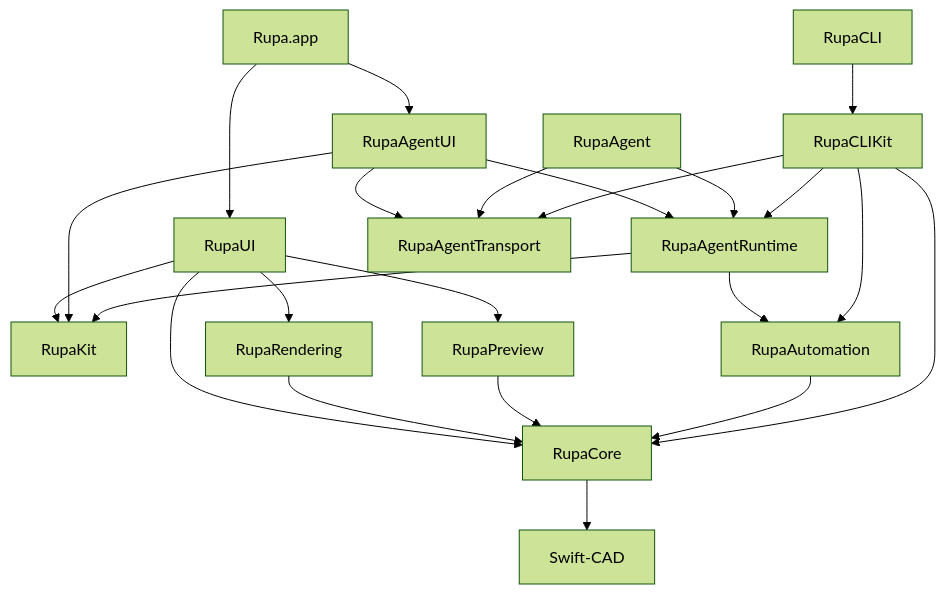
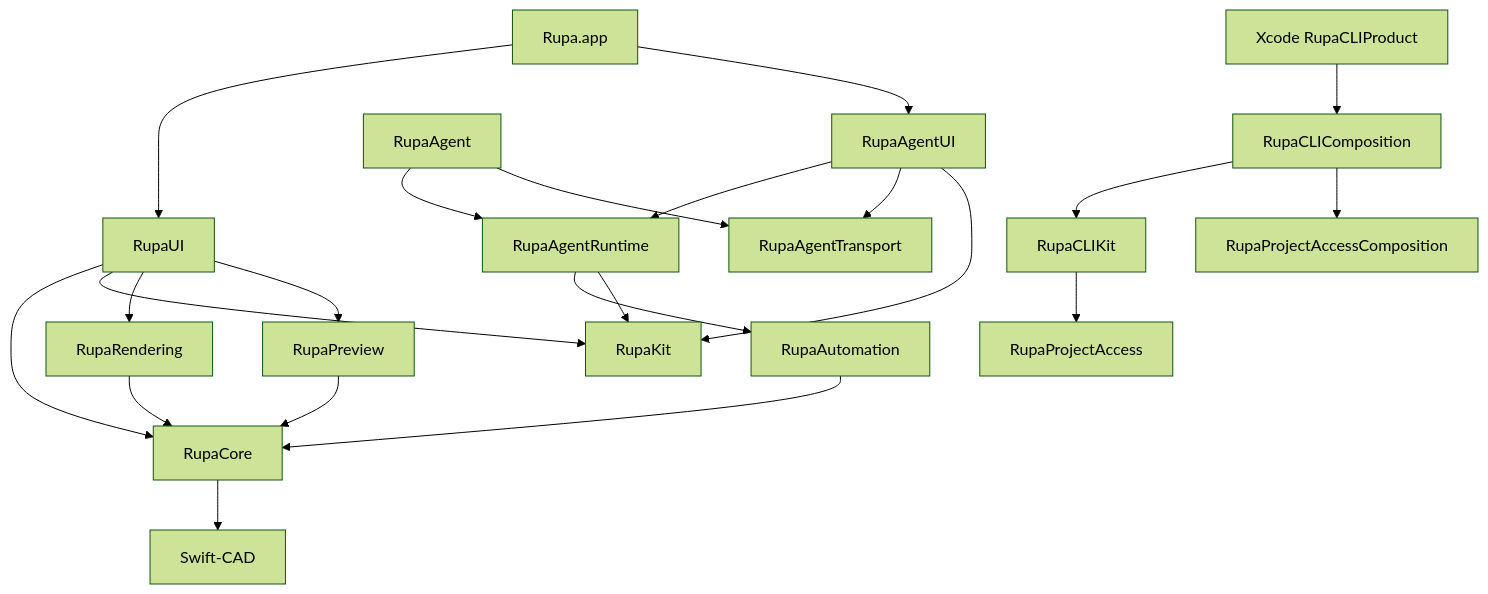
Diagram 12 of 12 in Rupa/PHILOSOPHY.md (1amageek/Rupa), drawn with Mermaid (forest theme) before and after one commit. The commit also changed other lines of this file and 133 other files, not shown here.

Commit message:
Route external access through the Rupa API

````diff
--- a/Rupa/PHILOSOPHY.md
+++ b/Rupa/PHILOSOPHY.md
@@ -366,25 +364,24 @@
 ```mermaid
 flowchart TD
     App["Rupa.app"] --> UI["RupaUI"]
     App --> AgentUI["RupaAgentUI"]
     UI --> Core["RupaCore"]
     UI --> Kit["RupaKit"]
     UI --> Rendering["RupaRendering"]
     UI --> Preview["RupaPreview"]
     AgentUI --> Runtime["RupaAgentRuntime"]
     AgentUI --> Transport["RupaAgentTransport"]
     AgentUI --> Kit
     Rendering --> Core
     Preview --> Core
     Automation["RupaAutomation"] --> Core
     Runtime --> Automation
     Runtime --> Kit
     Agent["RupaAgent"] --> Runtime
     Agent --> Transport
-    CLI["RupaCLI"] --> CLIKit["RupaCLIKit"]
-    CLIKit --> Runtime
-    CLIKit --> Transport
-    CLIKit --> Automation
-    CLIKit --> Core
+    CLIProduct["Xcode RupaCLIProduct"] --> CLIComposition["RupaCLIComposition"]
+    CLIComposition --> CLIKit["RupaCLIKit"]
+    CLIComposition --> AccessComposition["RupaProjectAccessComposition"]
+    CLIKit --> Access["RupaProjectAccess"]
     Core --> SwiftCAD["Swift-CAD"]
 ```
````
